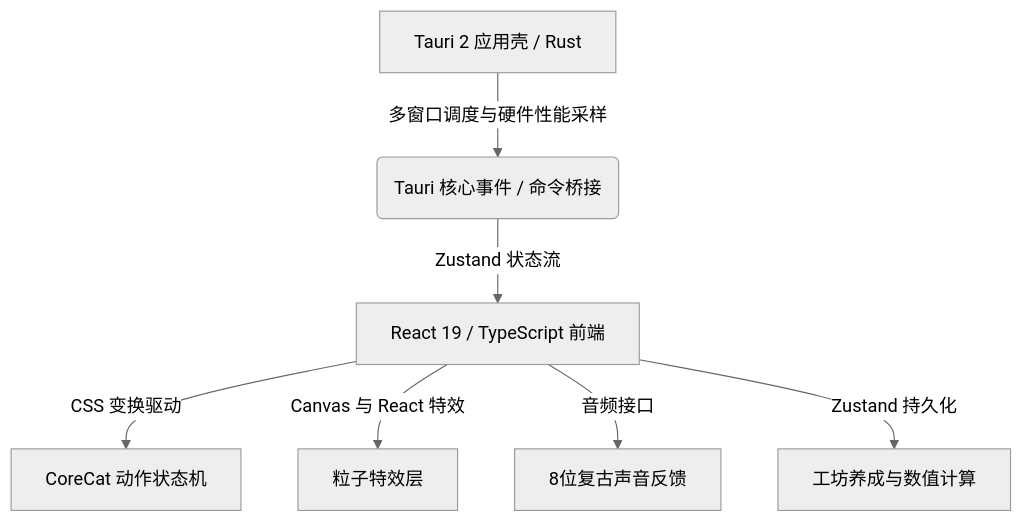
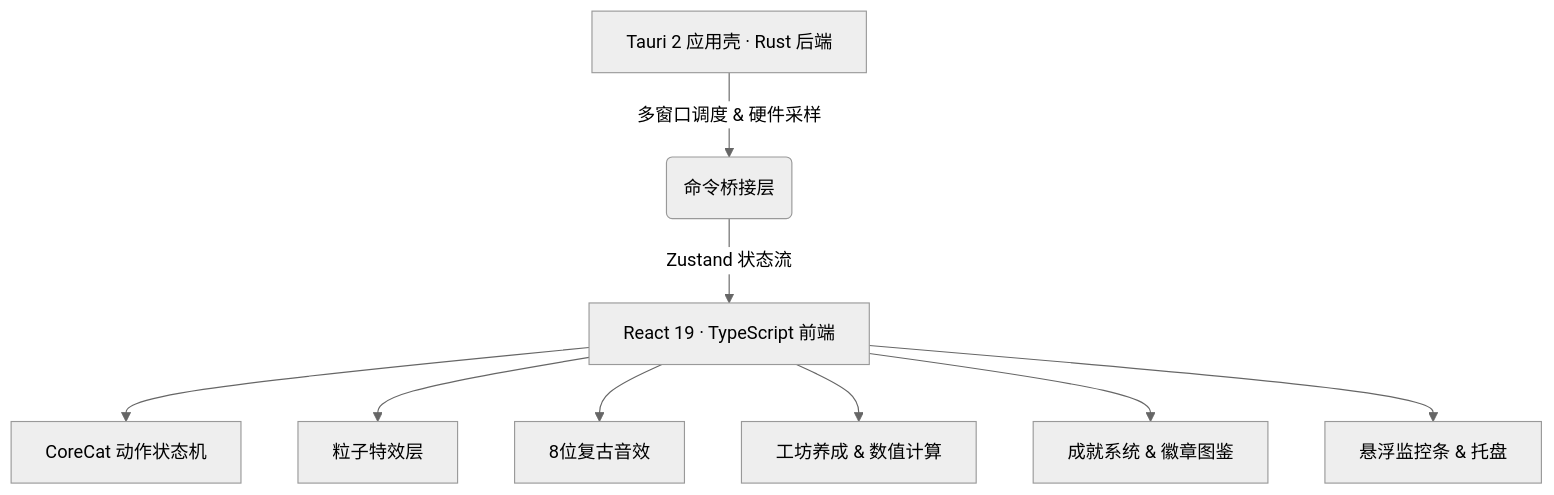
The diagram in README.md (FiveDayZ/CoreWorkPal), drawn with Mermaid (neutral theme) before and after one commit. The commit also changed other lines of this file and 180 other files, not shown here.

````diff
--- a/README.md
+++ b/README.md
@@ -59,9 +106,11 @@
 ```mermaid
 graph TD
-    A[Tauri 2 应用壳 / Rust] -->|多窗口调度与硬件性能采样| B(Tauri 核心事件 / 命令桥接)
-    B -->|Zustand 状态流| C[React 19 / TypeScript 前端]
-    C -->|CSS 变换驱动| D[CoreCat 动作状态机]
-    C -->|Canvas 与 React 特效| E[粒子特效层]
-    C -->|音频接口| F[8位复古声音反馈]
-    C -->|Zustand 持久化| G[工坊养成与数值计算]
+    A[Tauri 2 应用壳 · Rust 后端] -->|多窗口调度 & 硬件采样| B(命令桥接层)
+    B -->|Zustand 状态流| C[React 19 · TypeScript 前端]
+    C --> D[CoreCat 动作状态机]
+    C --> E[粒子特效层]
+    C --> F[8位复古音效]
+    C --> G[工坊养成 & 数值计算]
+    C --> H[成就系统 & 徽章图鉴]
+    C --> I[悬浮监控条 & 托盘]
 ```
````
